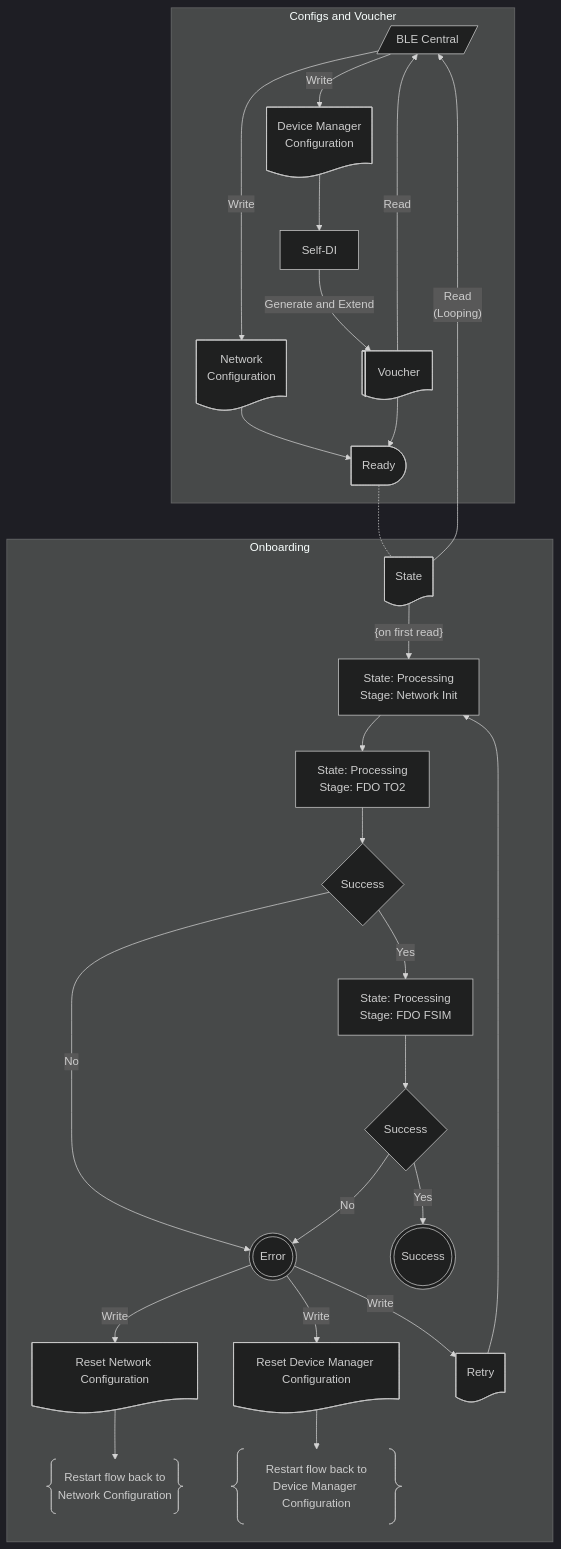
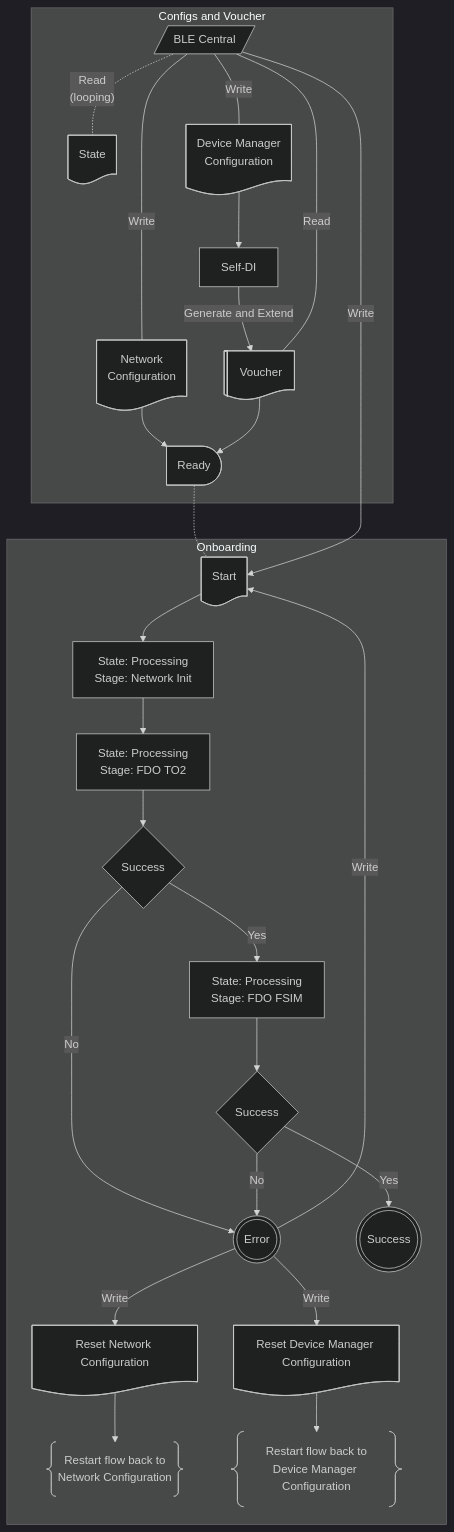
The third of 3 diagrams in SPEC.md (fido-device-onboard/uefi-ble-fdo), drawn with Mermaid (dark theme) before and after one commit. The commit also changed other lines of this file, not shown here.

Commit message:
Correct data model links, update flow and refactor status

````diff
--- a/SPEC.md
+++ b/SPEC.md
@@ -103,38 +103,40 @@
 ```mermaid
 flowchart TD
     subgraph Configs and Voucher
     central@{ shape: lean-r, label: "BLE Central" }
-    central -- Write --> netConfig@{ shape: doc, label: "Network<br/>Configuration" }
-    central -- Write --> devmgrConfig@{ shape: doc, label: "Device Manager<br/>Configuration" }
+    central -. Read<br/>(looping) .- state@{ shape: doc, label: "State" }
+    central -- Write --- netConfig@{ shape: doc, label: "Network<br/>Configuration" }
+    central -- Write --- devmgrConfig@{ shape: doc, label: "Device Manager<br/>Configuration" }
     devmgrConfig --> selfDI[Self-DI]
-    voucher@{shape: lin-doc, label: "Voucher"} -- Read --> central
+    voucher@{shape: lin-doc, label: "Voucher"} -- Read --- central
     selfDI -- Generate and Extend --> voucher
     netConfig --> ready
     voucher --> ready@{ shape: delay, label: "Ready" }
+    
     end
 
     subgraph Onboarding
-    ready -.- state@{ shape: doc, label: "State" }
-    state -- {on first read} --> netInit[State: Processing<br/>Stage: Network Init]
-    state -- Read<br/>(Looping) --> central
-    netInit --> fdoConnect[State: Processing<br/>Stage: FDO TO2]
+    %% ready -.- state@{ shape: doc, label: "State" }
+    ready -.- start@{ shape: doc, label: "Start" }
+    central -- Write --> start
+    netInit[State: Processing<br/>Stage: Network Init] --> fdoConnect[State: Processing<br/>Stage: FDO TO2]
 
     fdoConnect --> connected@{ shape: diamond, label: "Success" }
     connected -- Yes --> fdoXFER[State: Processing<br/>Stage: FDO FSIM]
     connected -- No -->error@{ shape: dbl-circ, label: "Error" }
     error -- Write --> rnetConfig@{ shape: doc, label: "Reset Network Configuration" }
     rnetConfig --> resetNetCfg@{ shape: braces, label: "Restart flow back to<br/>Network Configuration" }
 
     fdoXFER --> transferred@{ shape: diamond, label: "Success" }
     transferred -- Yes --> success@{ shape: dbl-circ, label: "Success" }
     transferred -- No -->error
 
     error -- Write --> rdevmgrConfig@{ shape: doc, label: "Reset Device Manager Configuration" }
     rdevmgrConfig  --> resetDevMgrCfg@{ shape: braces, label: "Restart flow back to<br/>Device Manager Configuration" }
 
-    error -- Write --> retry@{ shape: doc, label: "Retry" }
-    retry --> netInit
+    error -- Write --> start
+    start --> netInit
 
     end
 
 ```
````
